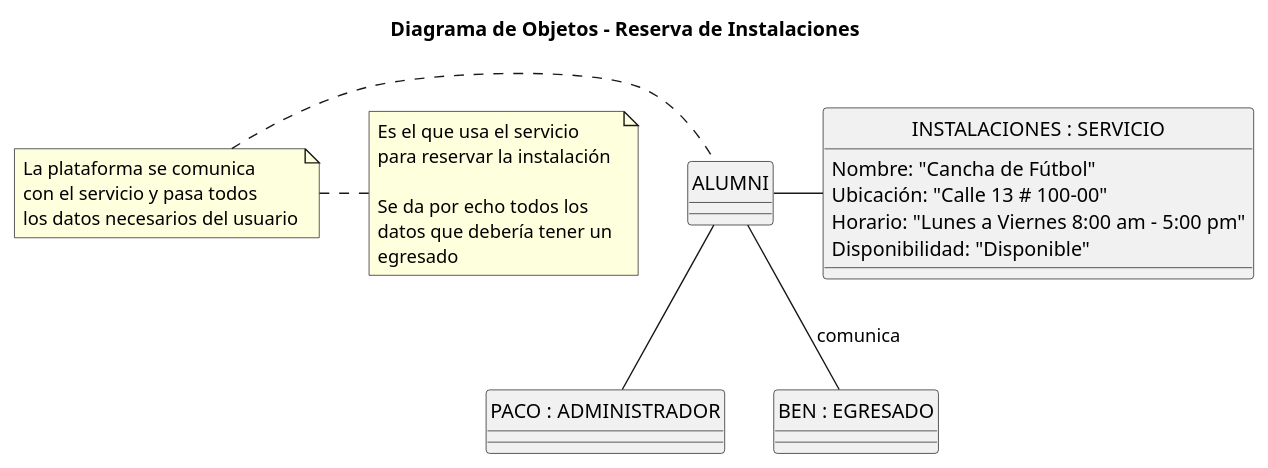
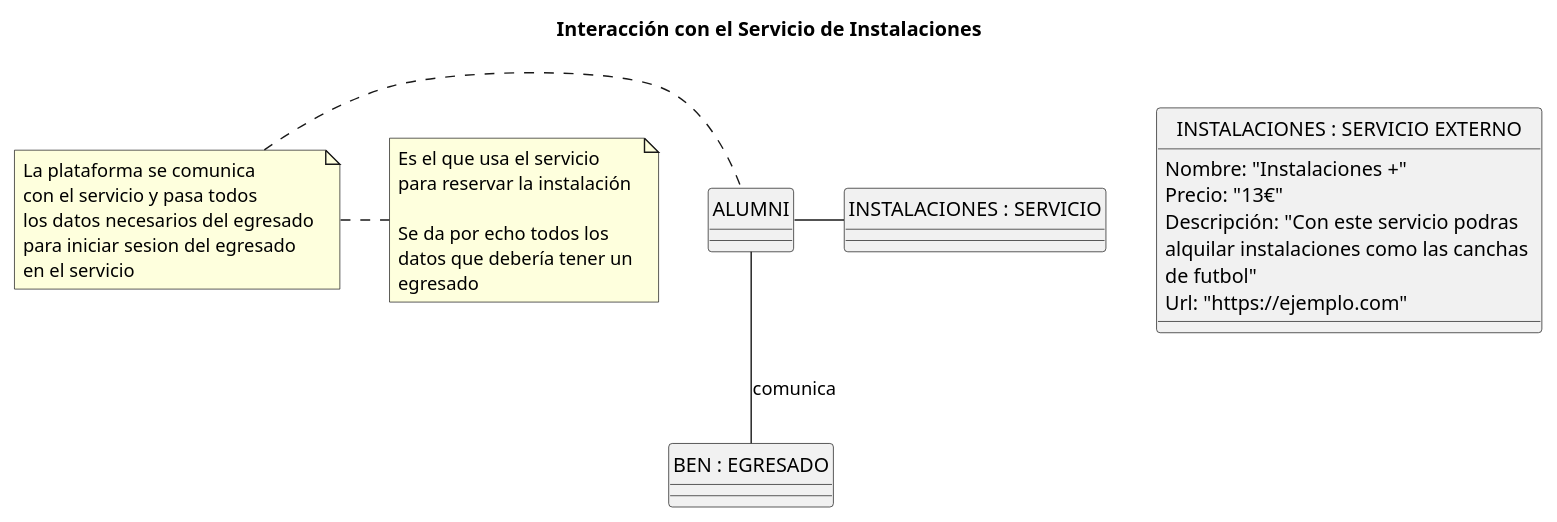
Before and after one commit to mmasias/23-24-IdSw1-SDR: the diagram in Modelo_de_Dominio/Diagramas_de_Objetos/Reserva_Instalaciones/Diagrama_de_Objetos-Servicio_Externo.puml, drawn with PlantUML. The commit also changed 3 other files, not shown here.

Commit message:
cambio diagrama de clases y diagrama de objetos

```diff
--- a/Modelo_de_Dominio/Diagramas_de_Objetos/Reserva_Instalaciones/Diagrama_de_Objetos-Servicio_Externo.puml
+++ b/Modelo_de_Dominio/Diagramas_de_Objetos/Reserva_Instalaciones/Diagrama_de_Objetos-Servicio_Externo.puml
@@ -1,30 +1,26 @@
 @startuml Diagrama_de_Objetos-Servicio_Externo
-title Diagrama de Objetos - Reserva de Instalaciones
+title Interacción con el Servicio de Instalaciones
 
 skinparam backgroundColor white
 skinparam defaultFontName Arial
 hide circle
 
-class "INSTALACIONES : SERVICIO"  
+class "INSTALACIONES : SERVICIO EXTERNO"  
 {
-    Nombre: "Cancha de Fútbol"
-    Ubicación: "Calle 13 # 100-00"
-    Horario: "Lunes a Viernes 8:00 am - 5:00 pm"
-    Disponibilidad: "Disponible"
+    Nombre: "Instalaciones +"
+    Precio: "13€"
+    Descripción: "Con este servicio podras\nalquilar instalaciones como las canchas \nde futbol"
+    Url: "https://ejemplo.com"
 }
 
-class "PACO : ADMINISTRADOR" 
-{
-    
-}
+
 class "BEN : EGRESADO"
 {
     
 }
 
 "INSTALACIONES : SERVICIO" -left- "ALUMNI"
-note left: La plataforma se comunica \ncon el servicio y pasa todos \nlos datos necesarios del usuario
-"ALUMNI" -- "PACO : ADMINISTRADOR"
+note left: La plataforma se comunica \ncon el servicio y pasa todos \nlos datos necesarios del egresado \npara iniciar sesion del egresado \nen el servicio
 "ALUMNI" -- "BEN : EGRESADO" : comunica
 note right: Es el que usa el servicio\npara reservar la instalación \n\nSe da por echo todos los \ndatos que debería tener un \negresado  
 @enduml
```
